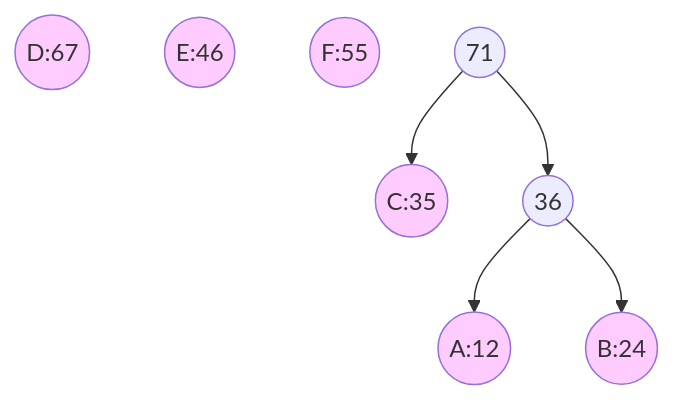
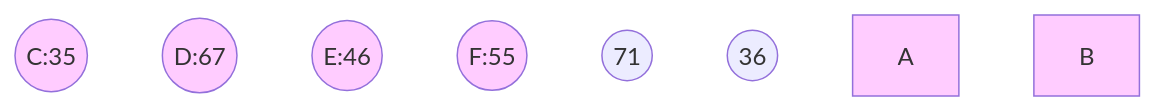
Before and after one commit to dmjcb/SelfBlog: the third of 7 diagrams in DataStructures/Tree/BinaryTree/2020-01-16-哈夫曼树.md, drawn with Mermaid. The commit also changed other lines of this file and 224 other files, not shown here.

````diff
--- a/DataStructures/Tree/BinaryTree/2020-01-16-哈夫曼树.md
+++ b/DataStructures/Tree/BinaryTree/2020-01-16-哈夫曼树.md
@@ -70,23 +68,19 @@
 ```mermaid
 graph TB
     C((C:35))
     D((D:67))
     E((E:46))
     F((F:55))
 
     Y((71))
     X((36)) 
 
-    Y --> X
-    Y --> C((C:35))
-    X --> A((A:12))
-    X --> B((B:24))
 
     A:::Style
     B:::Style
     C:::Style
     D:::Style
     E:::Style
     F:::Style
     classDef Style fill:#FFCCFF
 ```
````
